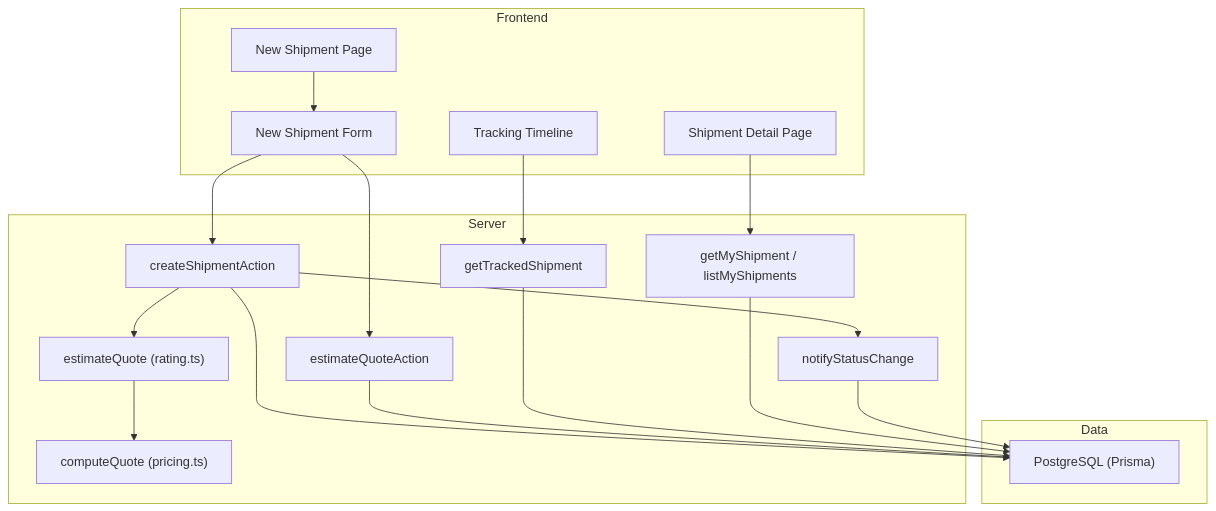
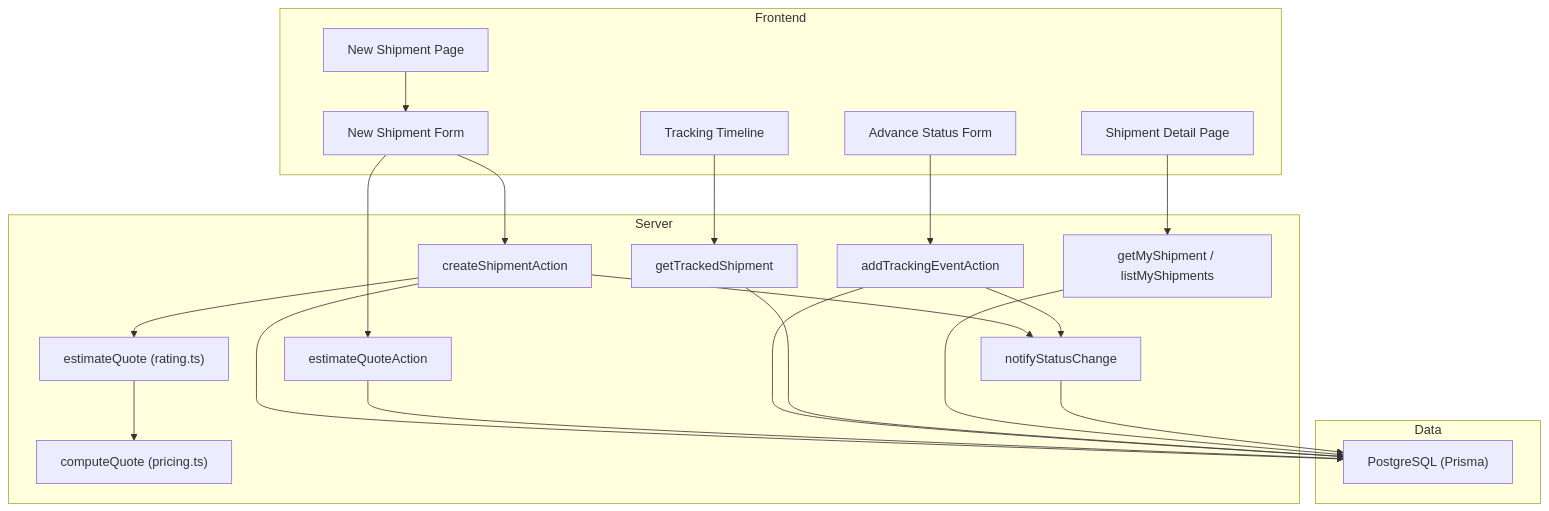
The first of 11 diagrams in .qoder/repowiki/en/content/Shipment Management/Shipment Management.md (gyamposudodzi/Timberland), drawn with Mermaid before and after one commit. The commit also changed other lines of this file and 87 other files, not shown here.

````diff
--- a/.qoder/repowiki/en/content/Shipment Management/Shipment Management.md
+++ b/.qoder/repowiki/en/content/Shipment Management/Shipment Management.md
@@ -44,34 +55,39 @@
 ```mermaid
 graph TB
 subgraph "Frontend"
 NewPage["New Shipment Page"]
 Form["New Shipment Form"]
 DetailPage["Shipment Detail Page"]
 Timeline["Tracking Timeline"]
+OpsForm["Advance Status Form"]
 end
 subgraph "Server"
 CreateAction["createShipmentAction"]
 QuoteAction["estimateQuoteAction"]
+OpsAction["addTrackingEventAction"]
 Rating["estimateQuote (rating.ts)"]
 Pricing["computeQuote (pricing.ts)"]
 TrackingSvc["getTrackedShipment"]
 AccountSvc["getMyShipment / listMyShipments"]
 Notifs["notifyStatusChange"]
 end
 subgraph "Data"
 DB["PostgreSQL (Prisma)"]
 end
 NewPage --> Form
 Form --> QuoteAction
 Form --> CreateAction
+OpsForm --> OpsAction
 CreateAction --> Rating
 Rating --> Pricing
 CreateAction --> Notifs
+OpsAction --> Notifs
 DetailPage --> AccountSvc
 Timeline --> TrackingSvc
 CreateAction --> DB
 QuoteAction --> DB
+OpsAction --> DB
 TrackingSvc --> DB
 AccountSvc --> DB
 Notifs --> DB
 ```
````
